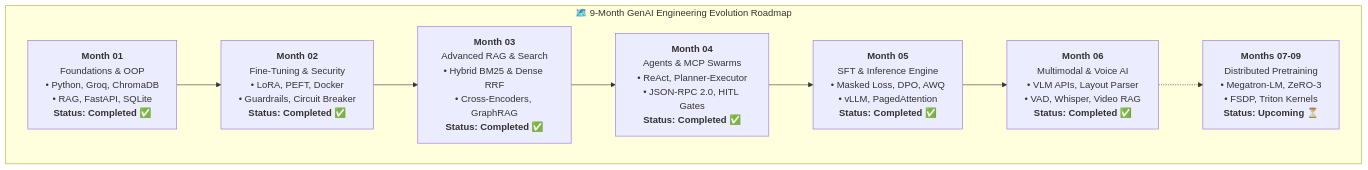
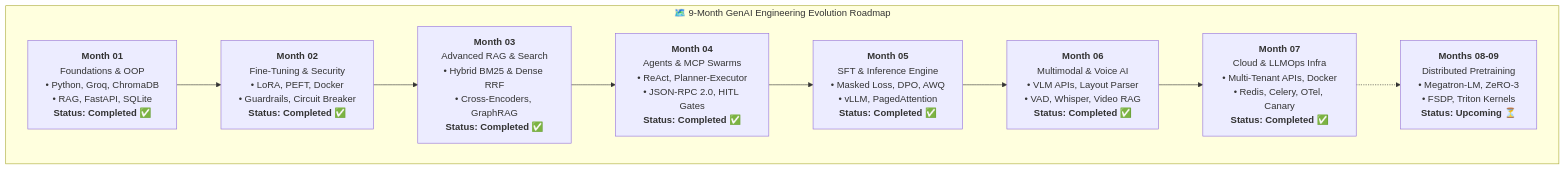
One commit to KUSHALMN/GenAI-Engineer-Roadmap changed the first of 3 diagrams in README.md. Above: the diagram before and after it, drawn with Mermaid. The commit also changed other lines of this file, not shown here.

Commit message:
docs: update root README milestone to 205 days and Month-07 completion

````diff
--- a/README.md
+++ b/README.md
@@ -34,15 +34,16 @@
 ```mermaid
 flowchart LR
     subgraph Evolution["🗺️ 9-Month GenAI Engineering Evolution Roadmap"]
         direction LR
         M1["<b>Month 01</b><br/>Foundations & OOP<br/>• Python, Groq, ChromaDB<br/>• RAG, FastAPI, SQLite<br/><b>Status: Completed ✅</b>"]
         M2["<b>Month 02</b><br/>Fine-Tuning & Security<br/>• LoRA, PEFT, Docker<br/>• Guardrails, Circuit Breaker<br/><b>Status: Completed ✅</b>"]
         M3["<b>Month 03</b><br/>Advanced RAG & Search<br/>• Hybrid BM25 & Dense RRF<br/>• Cross-Encoders, GraphRAG<br/><b>Status: Completed ✅</b>"]
         M4["<b>Month 04</b><br/>Agents & MCP Swarms<br/>• ReAct, Planner-Executor<br/>• JSON-RPC 2.0, HITL Gates<br/><b>Status: Completed ✅</b>"]
         M5["<b>Month 05</b><br/>SFT & Inference Engine<br/>• Masked Loss, DPO, AWQ<br/>• vLLM, PagedAttention<br/><b>Status: Completed ✅</b>"]
         M6["<b>Month 06</b><br/>Multimodal & Voice AI<br/>• VLM APIs, Layout Parser<br/>• VAD, Whisper, Video RAG<br/><b>Status: Completed ✅</b>"]
-        M7["<b>Months 07-09</b><br/>Distributed Pretraining<br/>• Megatron-LM, ZeRO-3<br/>• FSDP, Triton Kernels<br/><b>Status: Upcoming ⏳</b>"]
+        M7["<b>Month 07</b><br/>Cloud & LLMOps Infra<br/>• Multi-Tenant APIs, Docker<br/>• Redis, Celery, OTel, Canary<br/><b>Status: Completed ✅</b>"]
+        M8["<b>Months 08-09</b><br/>Distributed Pretraining<br/>• Megatron-LM, ZeRO-3<br/>• FSDP, Triton Kernels<br/><b>Status: Upcoming ⏳</b>"]
 
-        M1 --> M2 --> M3 --> M4 --> M5 --> M6 -.-> M7
+        M1 --> M2 --> M3 --> M4 --> M5 --> M6 --> M7 -.-> M8
     end
 ```
````
